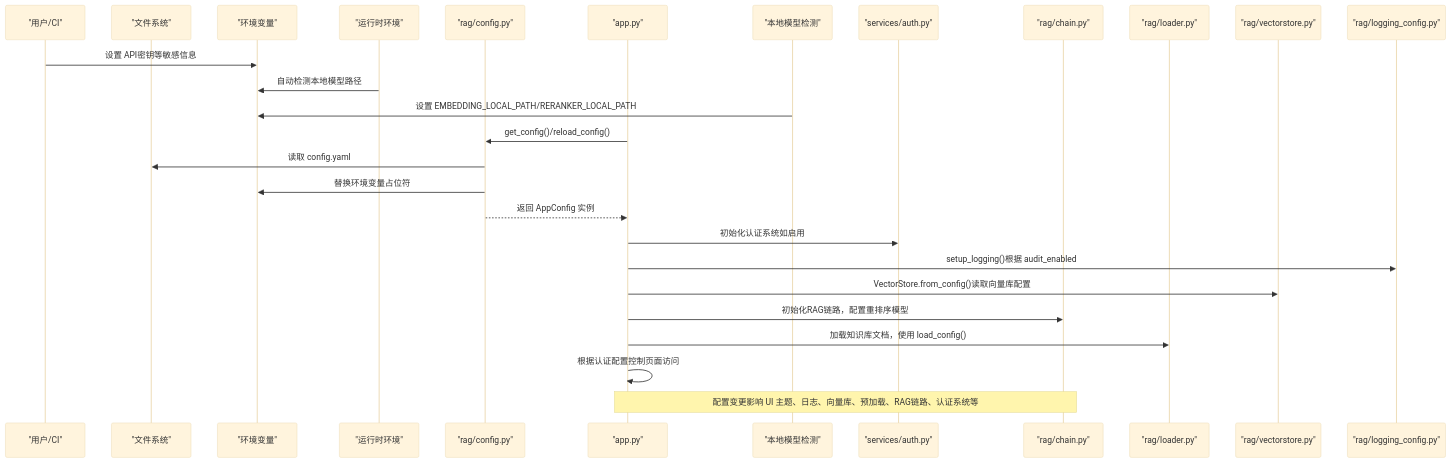
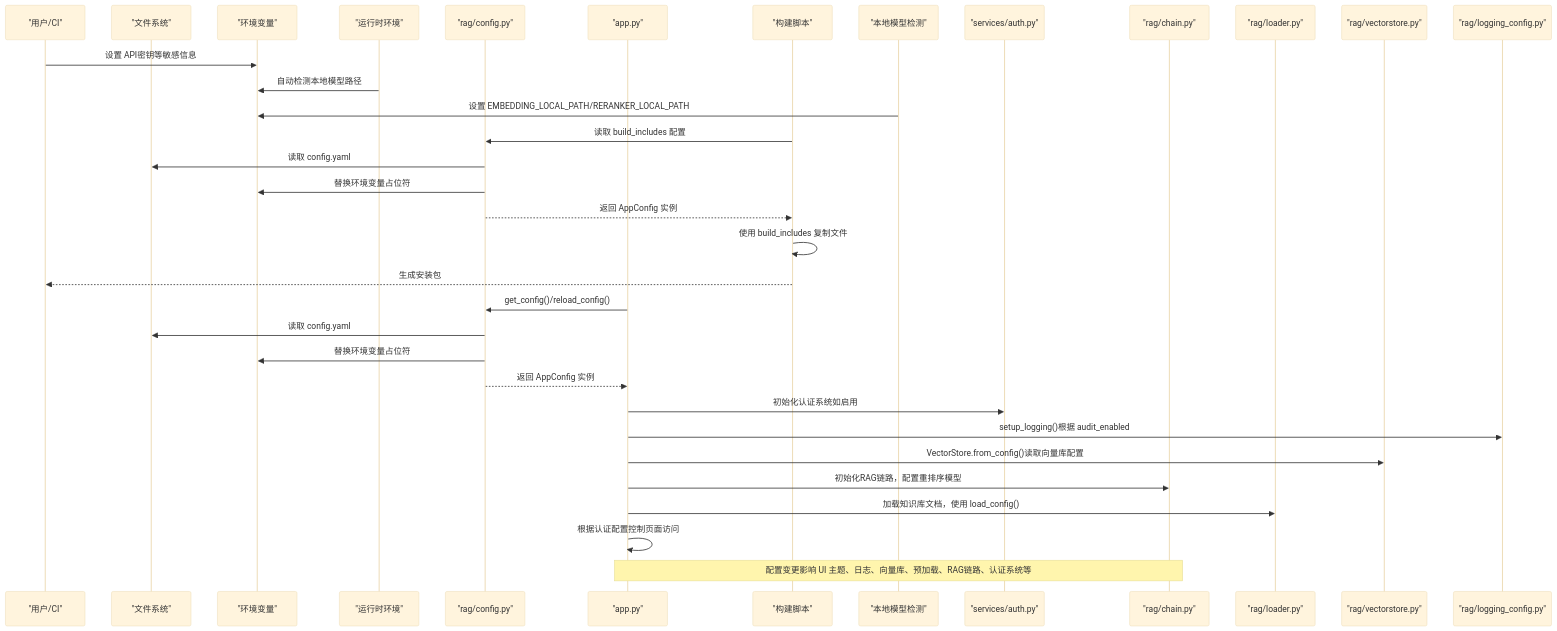
The second of 9 diagrams in .qoder/repowiki/zh/content/RAG核心引擎/配置管理系统.md (joyafa/knowledge), drawn with Mermaid (base theme) before and after one commit. The commit also changed other lines of this file and 12 other files, not shown here.

````diff
--- a/.qoder/repowiki/zh/content/RAG核心引擎/配置管理系统.md
+++ b/.qoder/repowiki/zh/content/RAG核心引擎/配置管理系统.md
@@ -155,29 +159,36 @@
 ```mermaid
 sequenceDiagram
 participant User as "用户/CI"
 participant FS as "文件系统"
 participant ENV as "环境变量"
 participant RUNTIME as "运行时环境"
 participant CFG as "rag/config.py"
 participant APP as "app.py"
+participant BUILD as "构建脚本"
 participant DETECT as "本地模型检测"
 participant AUTH as "services/auth.py"
 participant CHAIN as "rag/chain.py"
 participant LOADER as "rag/loader.py"
 participant VS as "rag/vectorstore.py"
 participant LOG as "rag/logging_config.py"
 User->>ENV : 设置 API密钥等敏感信息
 RUNTIME->>ENV : 自动检测本地模型路径
 DETECT->>ENV : 设置 EMBEDDING_LOCAL_PATH/RERANKER_LOCAL_PATH
+BUILD->>CFG : 读取 build_includes 配置
+CFG->>FS : 读取 config.yaml
+CFG->>ENV : 替换环境变量占位符
+CFG-->>BUILD : 返回 AppConfig 实例
+BUILD->>BUILD : 使用 build_includes 复制文件
+BUILD-->>User : 生成安装包
 APP->>CFG : get_config()/reload_config()
 CFG->>FS : 读取 config.yaml
 CFG->>ENV : 替换环境变量占位符
 CFG-->>APP : 返回 AppConfig 实例
 APP->>AUTH : 初始化认证系统如启用
 APP->>LOG : setup_logging()根据 audit_enabled
 APP->>VS : VectorStore.from_config()读取向量库配置
 APP->>CHAIN : 初始化RAG链路，配置重排序模型
 APP->>LOADER : 加载知识库文档，使用 load_config()
 APP->>APP : 根据认证配置控制页面访问
 Note over APP,CHAIN : 配置变更影响 UI 主题、日志、向量库、预加载、RAG链路、认证系统等
 ```
````
